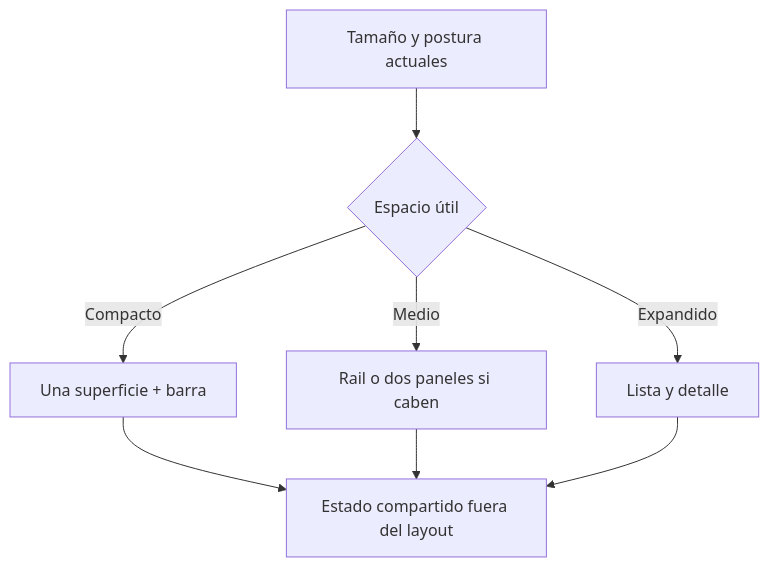
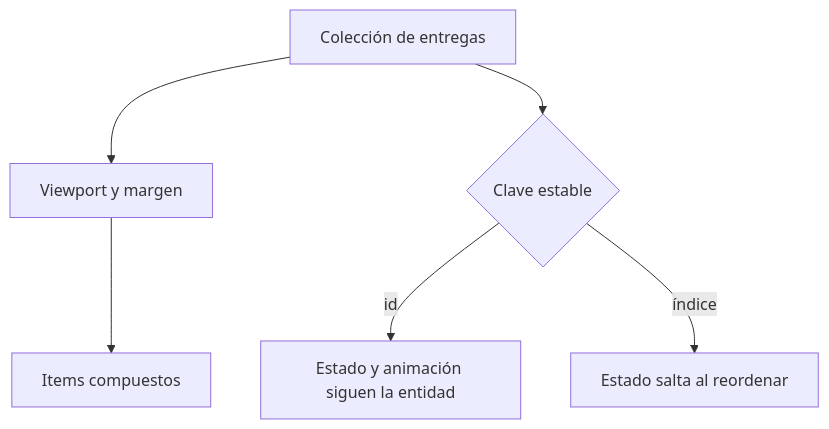
The fourth of 11 diagrams in web/public/content/android/modulo-16.md (NICORUIZ93/The_Imperial_Book), drawn with Mermaid before and after one commit. The commit also changed other lines of this file and 305 other files, not shown here.

````diff
--- a/web/public/content/android/modulo-16.md
+++ b/web/public/content/android/modulo-16.md
@@ -278,10 +102,8 @@
 ```mermaid
 flowchart TD
-    W[Tamaño y postura actuales] --> C{Espacio útil}
-    C -->|Compacto| O[Una superficie + barra]
-    C -->|Medio| M[Rail o dos paneles si caben]
-    C -->|Expandido| E[Lista y detalle]
-    O --> S[Estado compartido fuera del layout]
-    M --> S
-    E --> S
+    A[Colección de entregas] --> B[Viewport y margen]
+    B --> C[Items compuestos]
+    A --> D{Clave estable}
+    D -->|id| E[Estado y animación siguen la entidad]
+    D -->|índice| F[Estado salta al reordenar]
 ```
````
